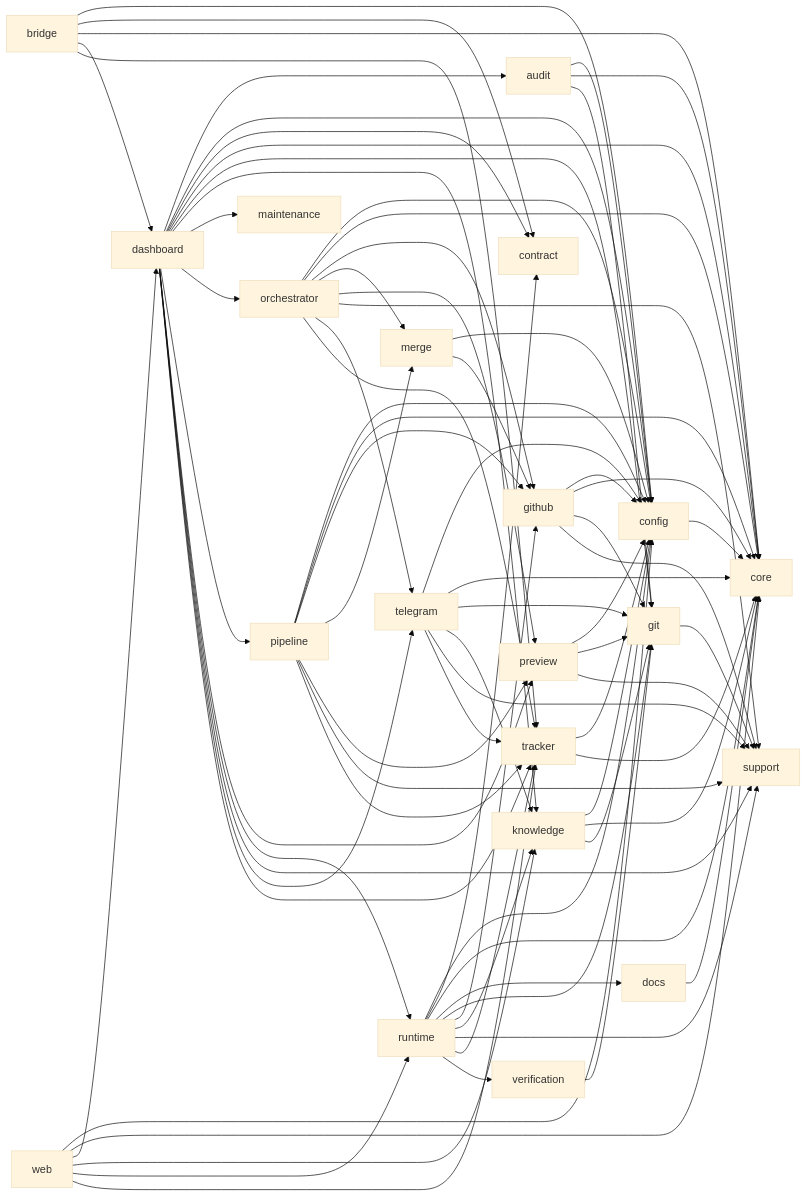
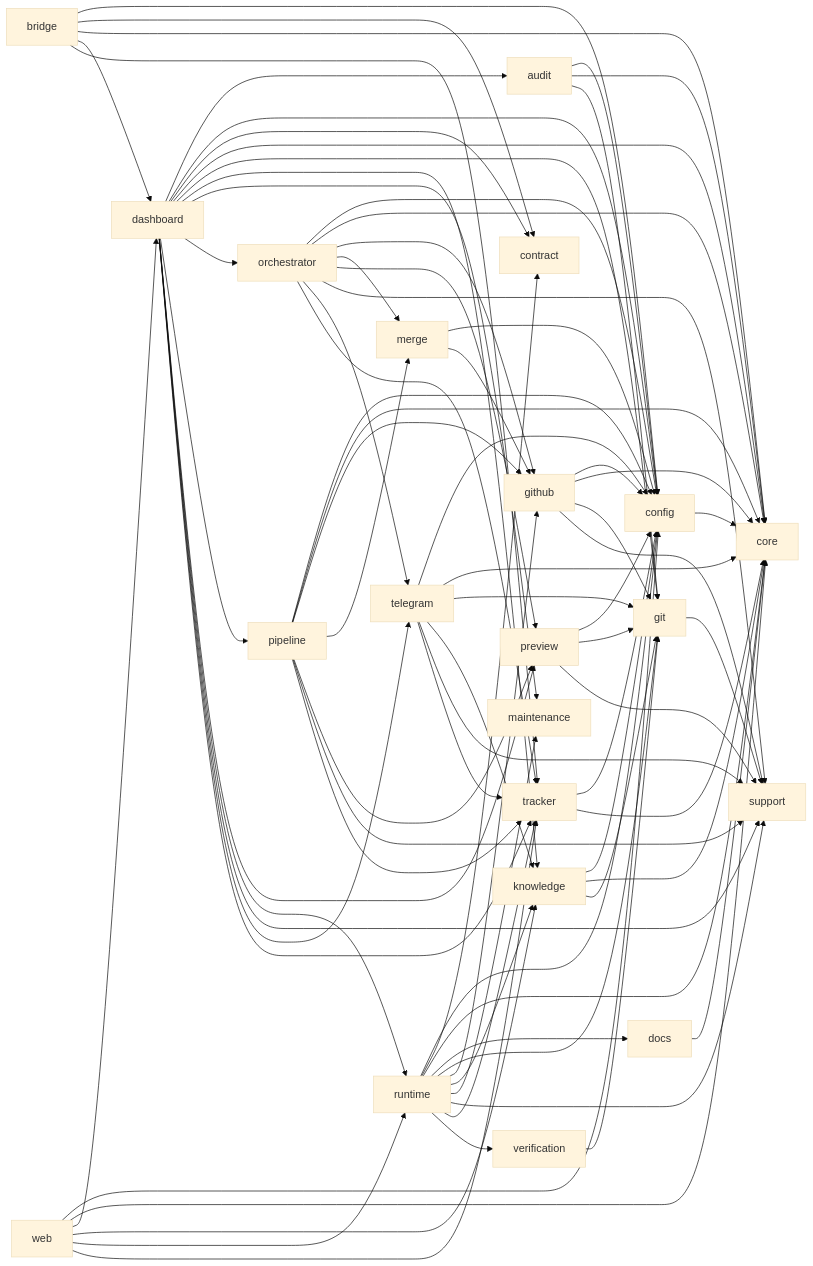
Before and after one commit to robbertvdzon/software-factory: the diagram in docs/technical/module-dependencies.md, drawn with Mermaid (base theme). The commit also changed other lines of this file and 35 other files, not shown here.

```diff
--- a/docs/technical/module-dependencies.md
+++ b/docs/technical/module-dependencies.md
@@ -110,6 +110,7 @@
     runtime --> git
     runtime --> github
     runtime --> knowledge
+    runtime --> maintenance
     runtime --> support
     runtime --> tracker
     runtime --> verification
```
